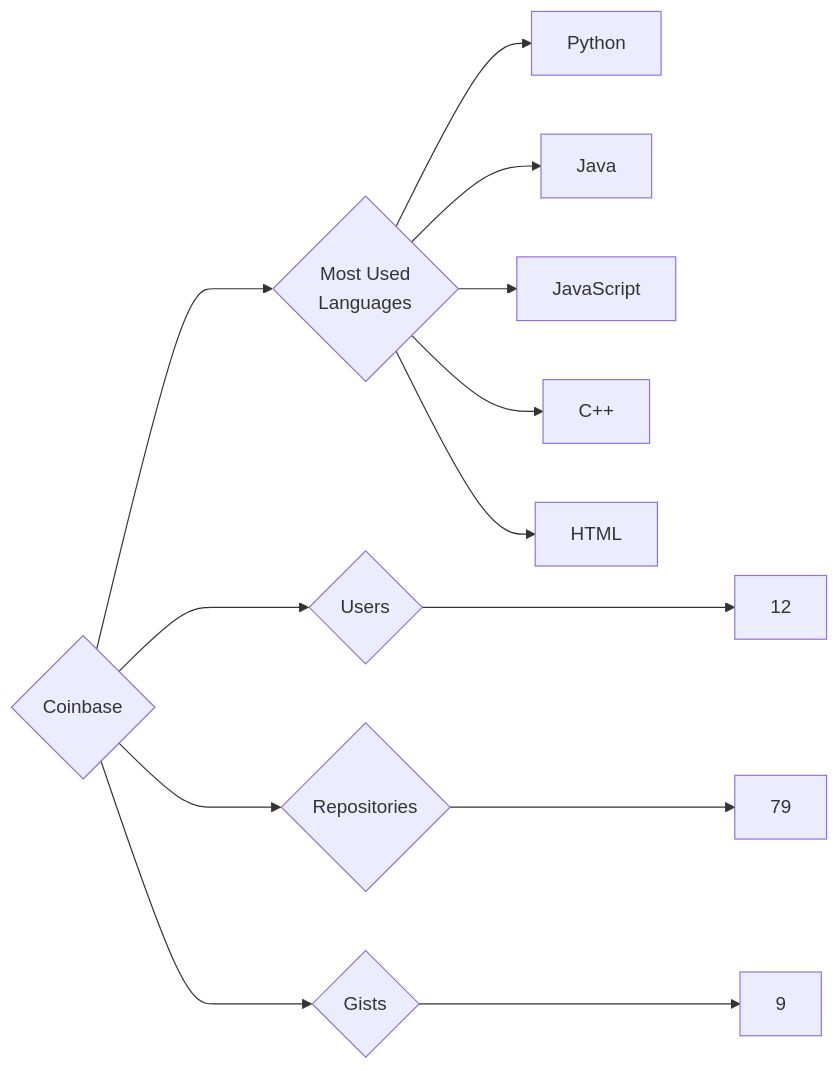
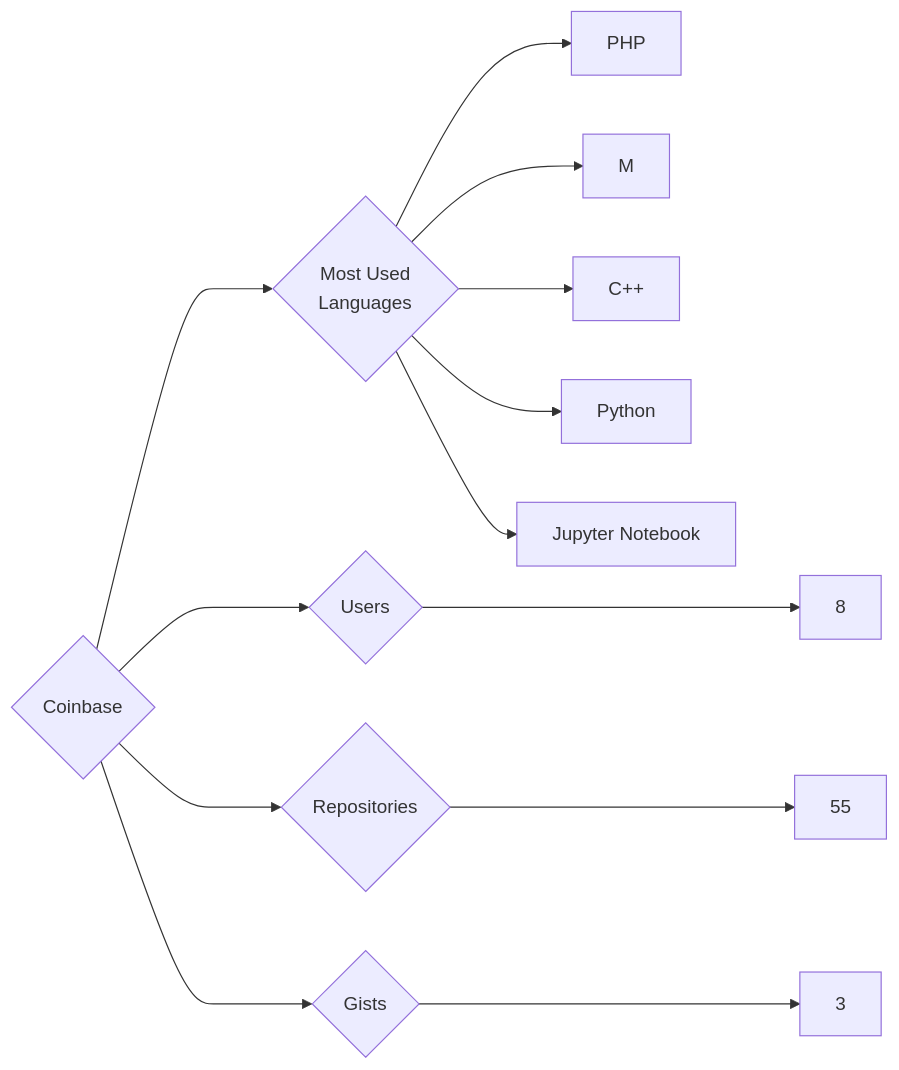
The diagram in targets/Coinbase/README.md (trickest/insiders), drawn with Mermaid before and after one commit. The commit also changed 1036 other files, not shown here.

````diff
--- a/targets/Coinbase/README.md
+++ b/targets/Coinbase/README.md
@@ -3,13 +3,13 @@
 ```mermaid
 graph LR
 COMPANY_NAME{Coinbase}
-COMPANY_NAME ---> U{Users} ---> UN[12]
-COMPANY_NAME ---> R{Repositories} ---> RN[79]
-COMPANY_NAME ---> G{Gists} ---> GN[9]
+COMPANY_NAME ---> U{Users} ---> UN[8]
+COMPANY_NAME ---> R{Repositories} ---> RN[55]
+COMPANY_NAME ---> G{Gists} ---> GN[3]
 COMPANY_NAME ---> ML{Most Used<br>Languages}
+ML --> PHP[PHP]
+ML --> M[M]
+ML --> C++[C++]
 ML --> Python[Python]
-ML --> Java[Java]
-ML --> JavaScript[JavaScript]
-ML --> C++[C++]
-ML --> HTML[HTML]
+ML --> Jupyter_Notebook[Jupyter Notebook]
 ```
````
